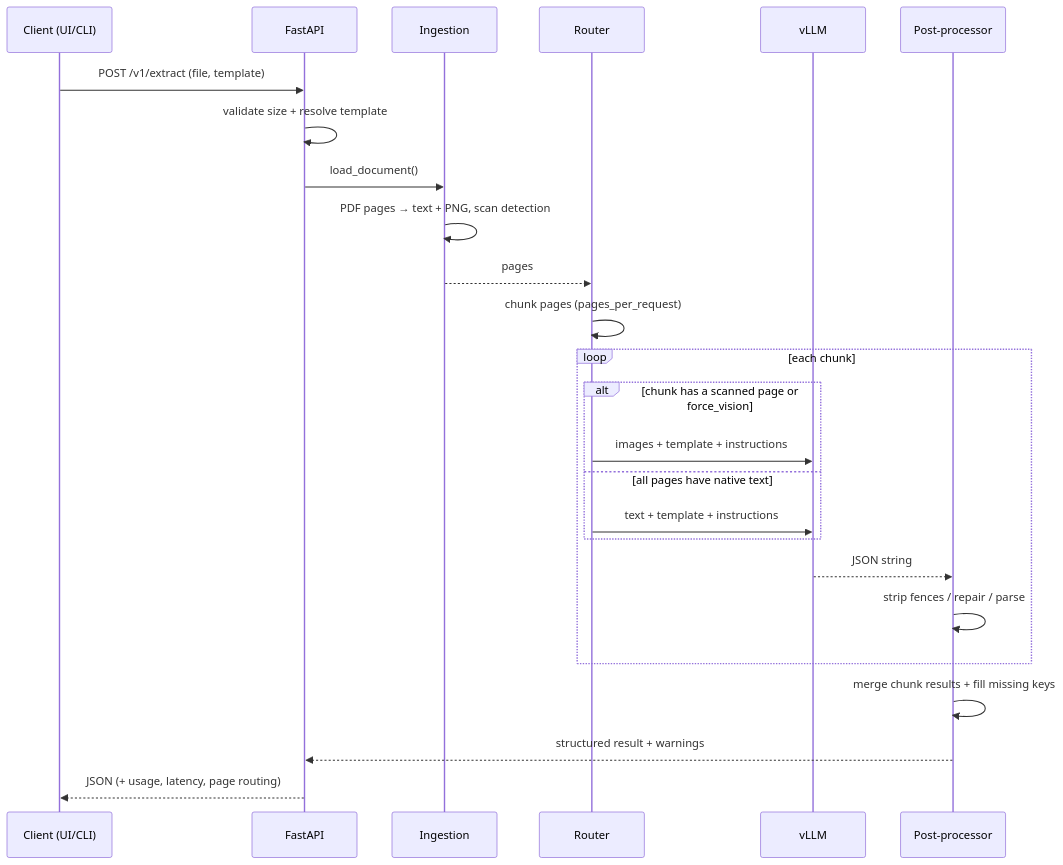
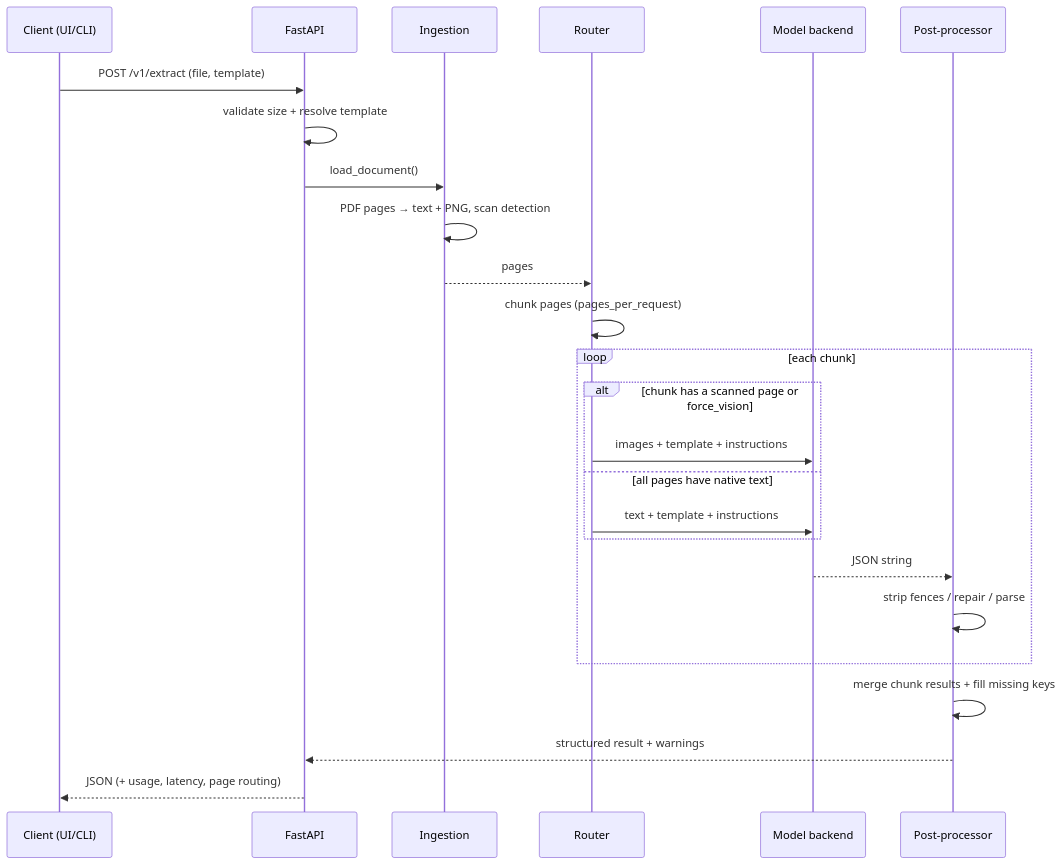
Before and after one commit to helmighanmi/App_NuExtract3: the diagram in docs/architecture.md, drawn with Mermaid. The commit also changed other lines of this file and 3 other files, not shown here.

First line of the commit message:
docs: add CPU deployment guide and update architecture

````diff
--- a/docs/architecture.md
+++ b/docs/architecture.md
@@ -12,28 +12,28 @@
 ```mermaid
 sequenceDiagram
     participant C as Client (UI/CLI)
     participant A as FastAPI
     participant D as Ingestion
     participant R as Router
-    participant V as vLLM
+    participant V as Model backend
     participant P as Post-processor
 
     C->>A: POST /v1/extract (file, template)
     A->>A: validate size + resolve template
     A->>D: load_document()
     D->>D: PDF pages → text + PNG, scan detection
     D-->>R: pages
     R->>R: chunk pages (pages_per_request)
     loop each chunk
         alt chunk has a scanned page or force_vision
             R->>V: images + template + instructions
         else all pages have native text
             R->>V: text + template + instructions
         end
         V-->>P: JSON string
         P->>P: strip fences / repair / parse
     end
     P->>P: merge chunk results + fill missing keys
     P-->>A: structured result + warnings
     A-->>C: JSON (+ usage, latency, page routing)
 ```
````
